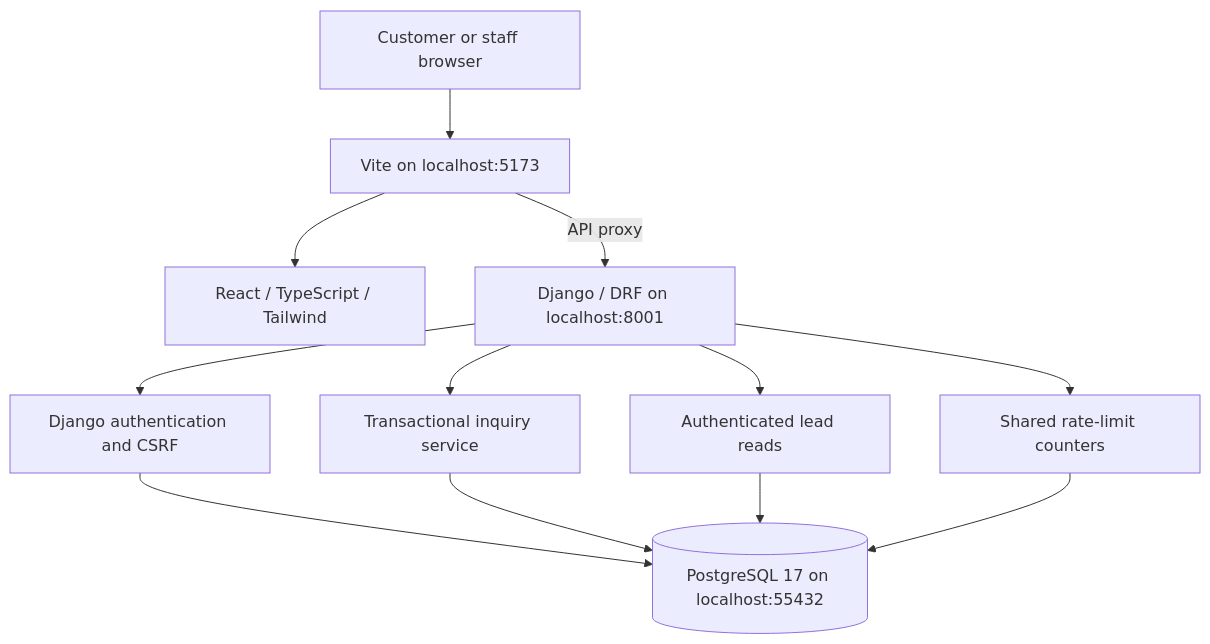
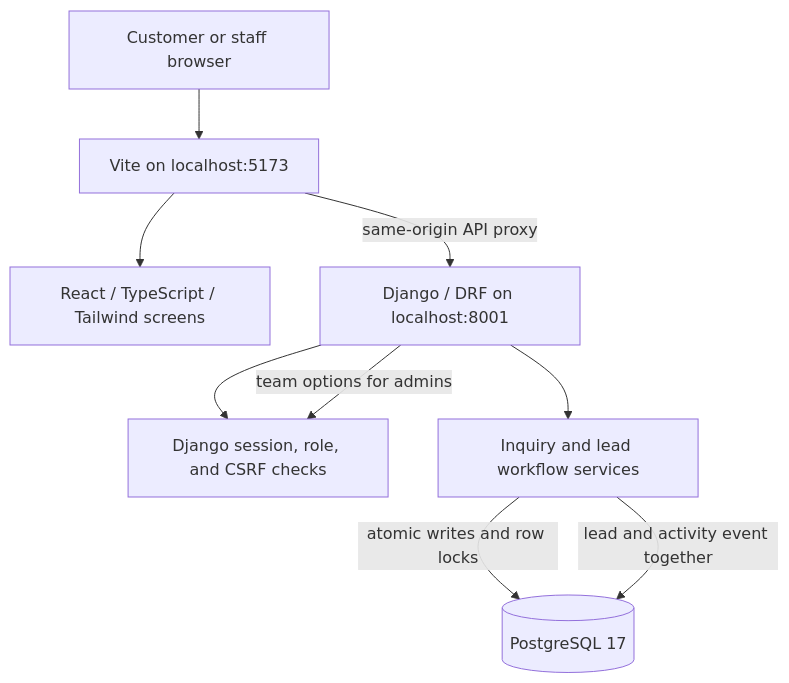
Before and after one commit to rainerioagbayanijr/hvac-lead-management: the diagram in docs/architecture.md, drawn with Mermaid. The commit also changed other lines of this file and 23 other files, not shown here.

Commit message:
Complete Milestone 3 lead workflow

````diff
--- a/docs/architecture.md
+++ b/docs/architecture.md
@@ -3,14 +3,11 @@
 ```mermaid
 flowchart TD
     Browser[Customer or staff browser] --> Vite[Vite on localhost:5173]
-    Vite --> React[React / TypeScript / Tailwind]
-    Vite -->|API proxy| Django[Django / DRF on localhost:8001]
-    Django --> Sessions[Django authentication and CSRF]
-    Django --> Intake[Transactional inquiry service]
-    Django --> Reads[Authenticated lead reads]
-    Django --> Limits[Shared rate-limit counters]
-    Sessions --> DB[(PostgreSQL 17 on localhost:55432)]
-    Intake --> DB
-    Reads --> DB
-    Limits --> DB
+    Vite --> React[React / TypeScript / Tailwind screens]
+    Vite -->|same-origin API proxy| Django[Django / DRF on localhost:8001]
+    Django --> Auth[Django session, role, and CSRF checks]
+    Django --> CRM[Inquiry and lead workflow services]
+    CRM -->|atomic writes and row locks| PG[(PostgreSQL 17)]
+    CRM -->|lead and activity event together| PG
+    Django -->|team options for admins| Auth
 ```
````
